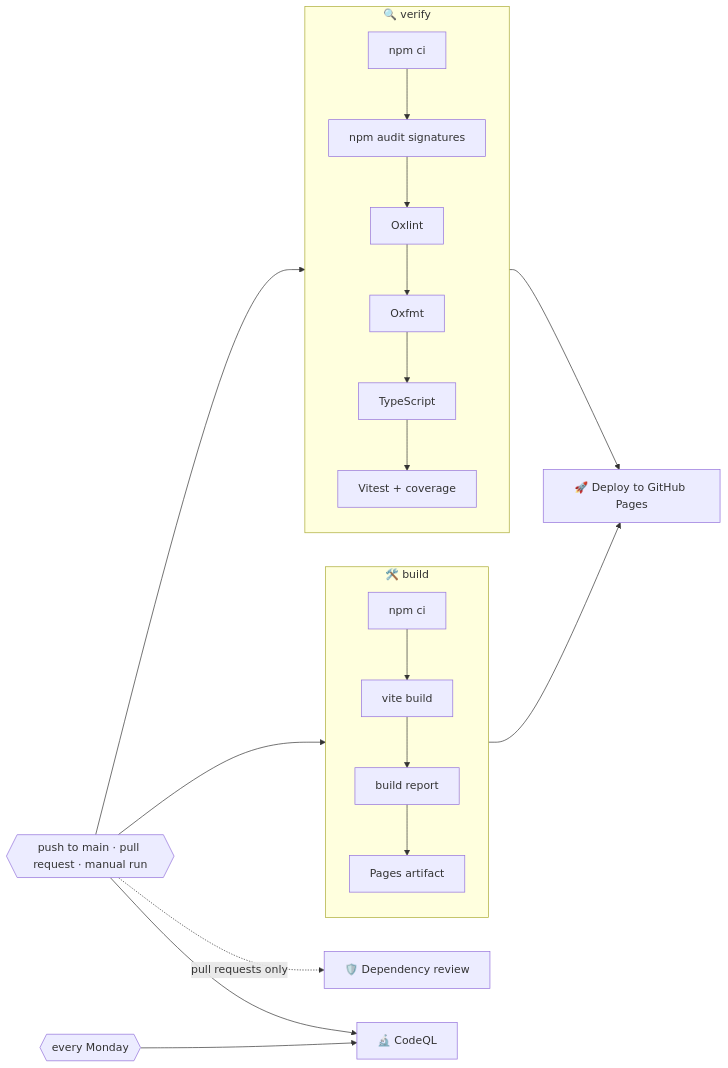
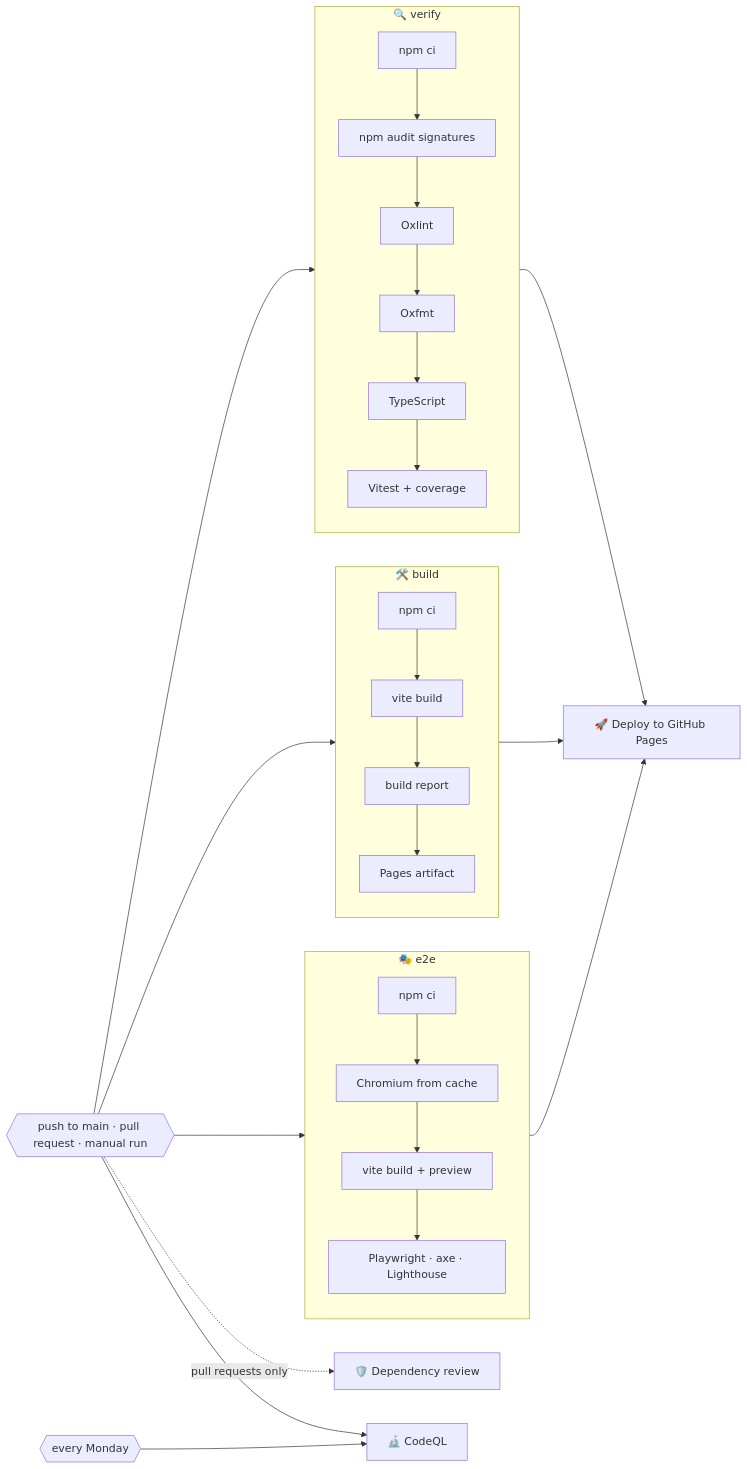
The first of 2 diagrams in docs/deployment.md (sacrificed666/react-todo-app), drawn with Mermaid before and after one commit. The commit also changed other lines of this file and 40 other files, not shown here.

````diff
--- a/docs/deployment.md
+++ b/docs/deployment.md
@@ -7,21 +7,28 @@
 ```mermaid
 flowchart LR
   Trigger{{"push to main · pull request · manual run"}} --> Verify
   Trigger --> Build
+  Trigger --> E2E
   Trigger -. pull requests only .-> Review[🛡️ Dependency review]
   Trigger --> CodeQL[🔬 CodeQL]
   Weekly{{"every Monday"}} --> CodeQL
 
   subgraph Verify[🔍 verify]
     direction TB
     V1[npm ci] --> V2[npm audit signatures] --> V3[Oxlint] --> V4[Oxfmt] --> V5[TypeScript] --> V6[Vitest + coverage]
   end
 
   subgraph Build[🛠️ build]
     direction TB
     B1[npm ci] --> B2[vite build] --> B3[build report] --> B4[Pages artifact]
   end
 
+  subgraph E2E[🎭 e2e]
+    direction TB
+    E1[npm ci] --> E2[Chromium from cache] --> E3[vite build + preview] --> E4[Playwright · axe · Lighthouse]
+  end
+
   Verify --> Deploy[🚀 Deploy to GitHub Pages]
   Build --> Deploy
+  E2E --> Deploy
 ```
````
